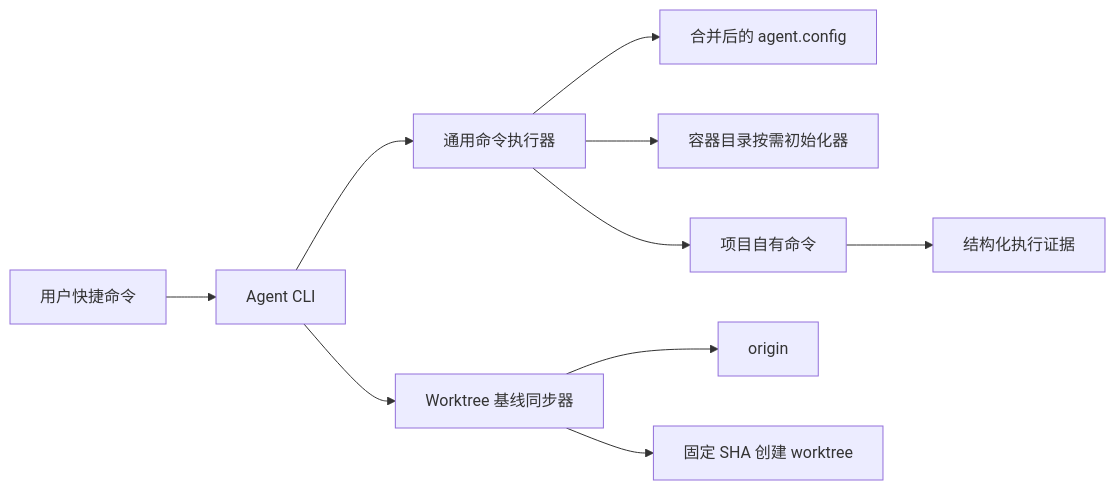
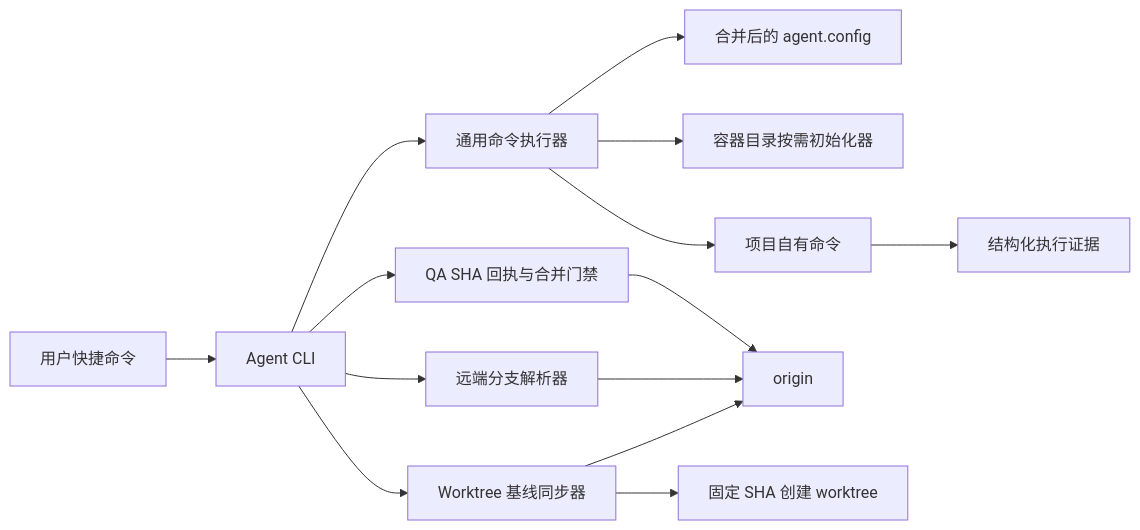
One commit to hollisyao2024/PromptsEngineering changed the first of 2 diagrams in docs/ARCH.md. Above: the diagram before and after it, drawn with Mermaid. The commit also changed other lines of this file and 38 other files, not shown here.

````diff
--- a/docs/ARCH.md
+++ b/docs/ARCH.md
@@ -22,12 +22,16 @@
 ```mermaid
 flowchart LR
   U[用户快捷命令] --> A[Agent CLI]
   A --> D[通用命令执行器]
   D --> C[合并后的 agent.config]
   D --> I[容器目录按需初始化器]
   D --> P[项目自有命令]
   P --> E[结构化执行证据]
   A --> W[Worktree 基线同步器]
   W --> O[origin]
   W --> G[固定 SHA 创建 worktree]
+  A --> R[远端分支解析器]
+  R --> O
+  A --> Q[QA SHA 回执与合并门禁]
+  Q --> O
 ```
````
